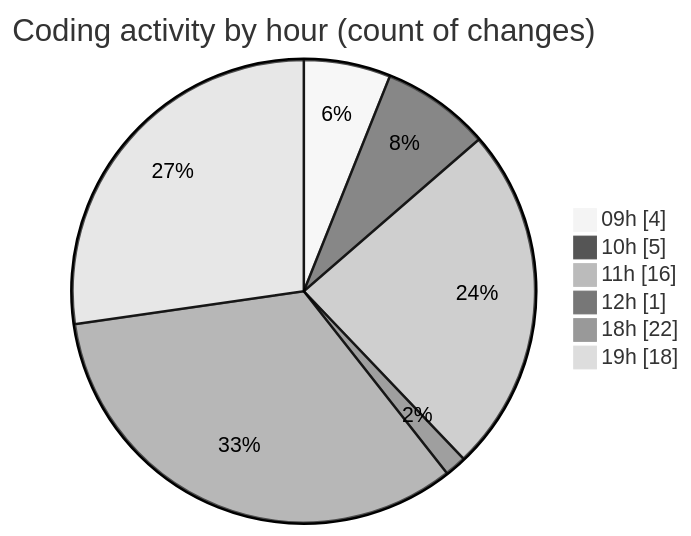
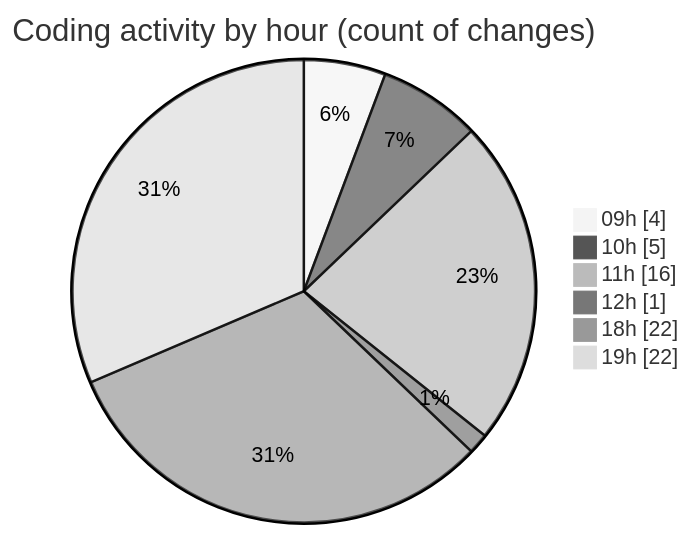
Before and after one commit to momahboobian/code-tracking: the second of 2 diagrams in 2025-04-28/cda/README.md, drawn with Mermaid (neutral theme). The commit also changed other lines of this file and 1 other file, not shown here.

````diff
--- a/2025-04-28/cda/README.md
+++ b/2025-04-28/cda/README.md
@@ -53,10 +53,10 @@
 ```mermaid
 pie showData
 title Coding activity by hour (count of changes)
 "09h" : 4
 "10h" : 5
 "11h" : 16
 "12h" : 1
 "18h" : 22
-"19h" : 18
+"19h" : 22
 ```
````
